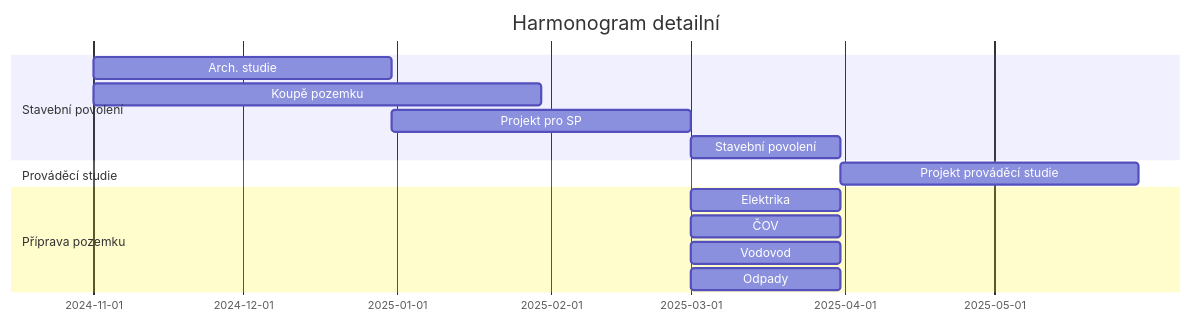
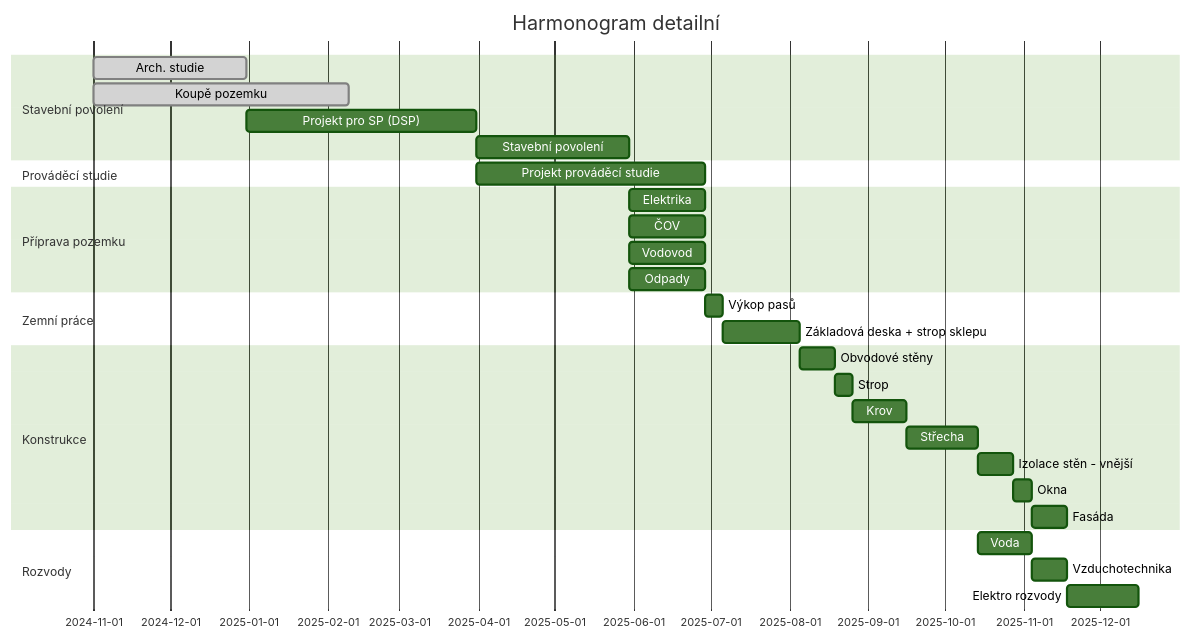
One commit to mtrakal/smrci changed the second of 2 diagrams in Harmonogram.md. Above: the diagram before and after it, drawn with Mermaid. The commit also changed other lines of this file, not shown here.

````diff
--- a/Harmonogram.md
+++ b/Harmonogram.md
@@ -32,22 +33,38 @@
 ```mermaid
+%%{init: {'theme':'forest'}}%%
 gantt
     title Harmonogram detailní
     dateFormat YYYY-MM-DD
     section Stavební povolení
-        Arch. studie: as, 2024-11-01, 60d
-        Koupě pozemku: kp, 2024-11-01, 90d
-        Projekt pro SP: ppsp, after as, 60d
-        Stavební povolení: sp, after ppsp, 30d
+        Arch. studie: done, as, 2024-11-01, 60d
+        Koupě pozemku: done, kp, 2024-11-01, 100d
+        Projekt pro SP (DSP): pdsp, after as, 90d
+        Stavební povolení: dsp, after pdsp, 60d
 
     section Prováděcí studie
-        Projekt prováděcí studie: ps, after sp, 60d
+        Projekt prováděcí studie: dps, after pdsp, 90d
 
     section Příprava pozemku
-        Elektrika: pp 2025-03-01, 30d
-        ČOV: pp 2025-03-01, 30d
-        Vodovod: pp 2025-03-01, 30d
-        Odpady: pp 2025-03-01, 30d
+        Elektrika: pp-el, after dsp, 30d
+        ČOV: pp-cov, after dsp, 30d
+        Vodovod: pp-voda, after dsp, 30d
+        Odpady: pp-odpad, after dsp, 30d
 
     section Zemní práce
+        Výkop pasů: zp-pasy, after pp-el pp-cov pp-voda pp-odpad, 1w
+        Základová deska + strop sklepu: zp-deska, after zp-pasy, 30d
+
+    section Konstrukce
+        Obvodové stěny: k-steny, after zp-deska, 2w
+        Strop: k-strop, after k-steny, 1w
+        Krov: k-krov, after k-strop, 3w
+        Střecha: k-strecha, after k-krov, 4w
+        Izolace stěn - vnější: k-izolace, after k-strecha, 2w
+        Okna: k-okna, after k-izolace, 1w
+        Fasáda: k-fasada, after k-okna, 2w
+    section Rozvody
+        Voda: r-voda, after k-strecha, 3w
+        Vzduchotechnika: r-vzduch, after r-voda, 2w
+        Elektro rozvody: r-elektro, after r-vzduch, 4w
 
 ```
````
